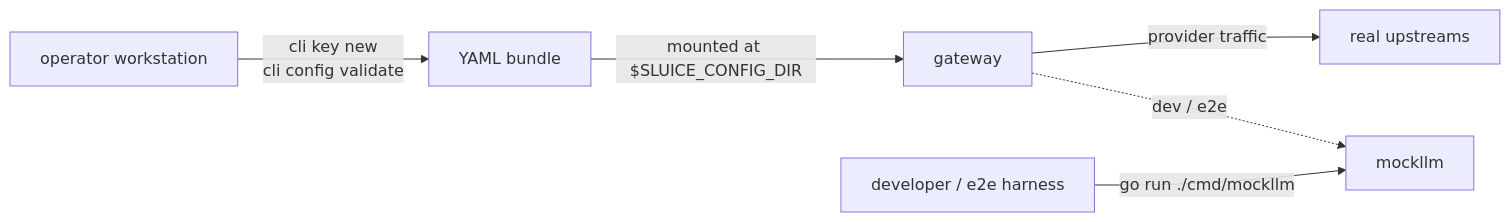
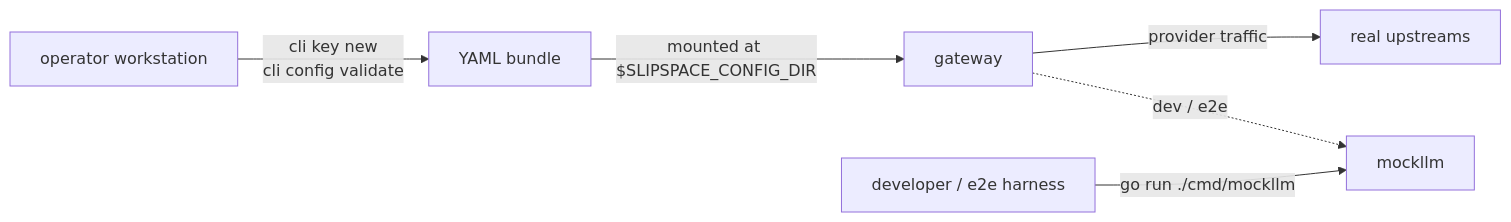
One commit to andyjmorgan/slipspace-gateway changed the diagram in docs/auxiliary-binaries.md. Above: the diagram before and after it, drawn with Mermaid. The commit also changed other lines of this file and 212 other files, not shown here.

````diff
--- a/docs/auxiliary-binaries.md
+++ b/docs/auxiliary-binaries.md
@@ -29,8 +29,8 @@
 ```mermaid
 flowchart LR
     Op[operator workstation] -->|"cli key new<br/>cli config validate"| YAML[YAML bundle]
-    YAML -->|"mounted at $SLUICE_CONFIG_DIR"| GW[gateway]
+    YAML -->|"mounted at $SLIPSPACE_CONFIG_DIR"| GW[gateway]
     GW -->|provider traffic| Up[real upstreams]
     Dev[developer / e2e harness] -->|"go run ./cmd/mockllm"| MOCK[mockllm]
     GW -. dev / e2e .-> MOCK
 ```
````
